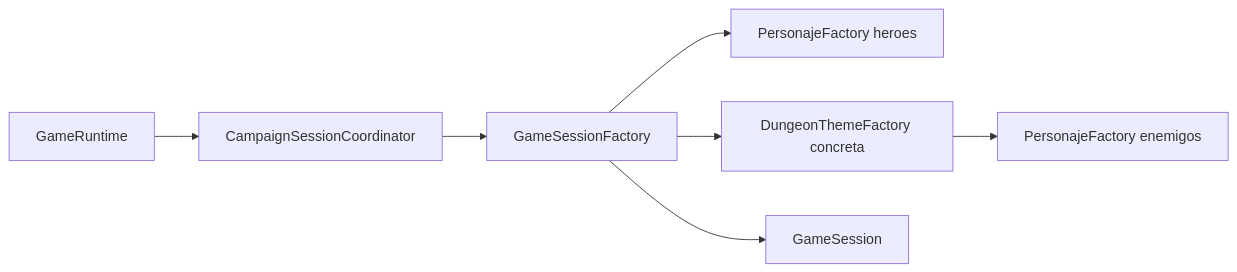
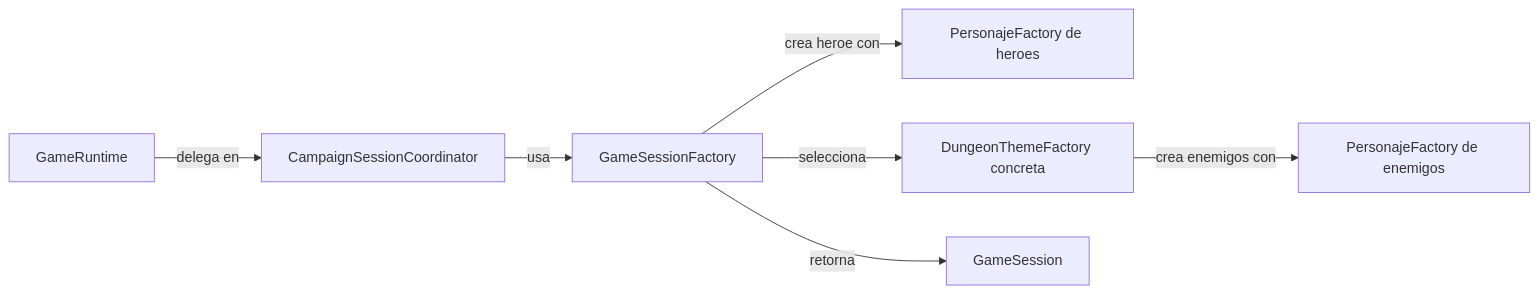
Before and after one commit to Craos6518/dungeon-crawler-patterns: the diagram in docs/03-patterns/factory-method.md, drawn with Mermaid. The commit also changed 11 other files, not shown here.

Commit message:
refactor: actualizar diagramas y terminología en la documentación de patrones

````diff
--- a/docs/03-patterns/factory-method.md
+++ b/docs/03-patterns/factory-method.md
@@ -50,17 +50,17 @@
 ```mermaid
 flowchart LR
     Runtime[GameRuntime]
     Coordinator[CampaignSessionCoordinator]
     SessionFactory[GameSessionFactory]
-    HeroFactory[PersonajeFactory heroes]
+    HeroFactory[PersonajeFactory de heroes]
     ThemeFactory[DungeonThemeFactory concreta]
-    EnemyFactory[PersonajeFactory enemigos]
+    EnemyFactory[PersonajeFactory de enemigos]
     Session[GameSession]
 
-    Runtime --> Coordinator
-    Coordinator --> SessionFactory
-    SessionFactory --> HeroFactory
-    SessionFactory --> ThemeFactory
-    ThemeFactory --> EnemyFactory
-    SessionFactory --> Session
+    Runtime -->|delega en| Coordinator
+    Coordinator -->|usa| SessionFactory
+    SessionFactory -->|crea heroe con| HeroFactory
+    SessionFactory -->|selecciona| ThemeFactory
+    ThemeFactory -->|crea enemigos con| EnemyFactory
+    SessionFactory -->|retorna| Session
 ```
````
